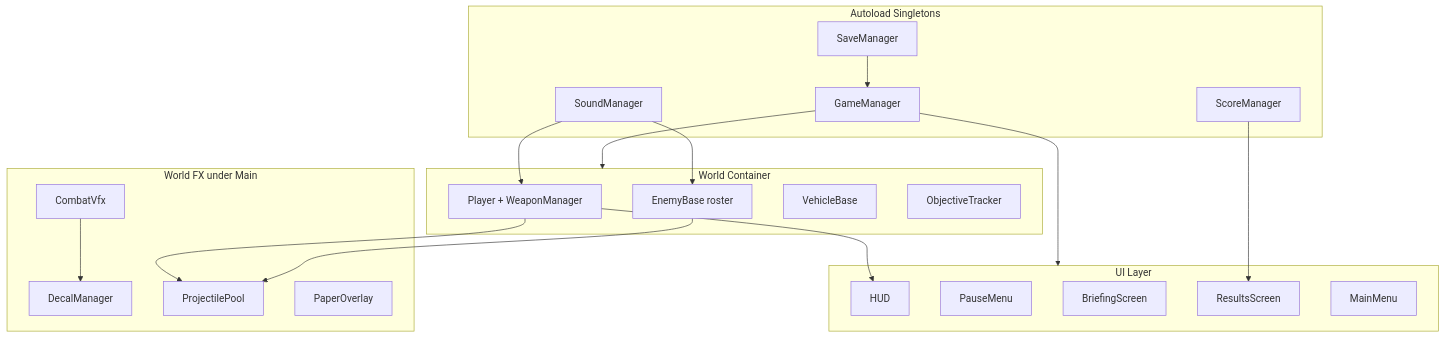
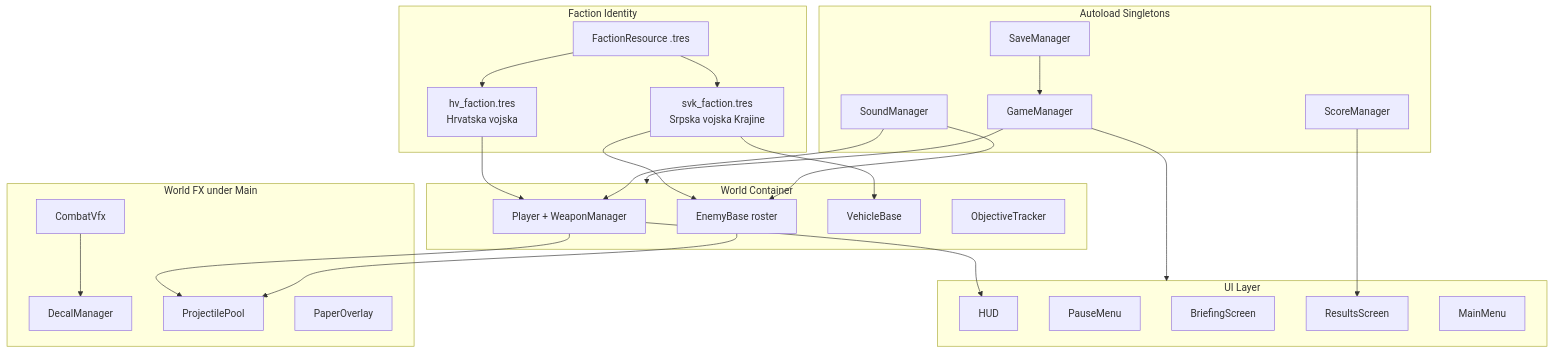
The first of 3 diagrams in docs/ARCHITECTURE.md (VrachoxWizard/storm-game), drawn with Mermaid before and after one commit. The commit also changed other lines of this file and 118 other files, not shown here.

````diff
--- a/docs/ARCHITECTURE.md
+++ b/docs/ARCHITECTURE.md
@@ -5,42 +5,53 @@
 ```mermaid
 graph TB
     subgraph Autoloads["Autoload Singletons"]
         GM["GameManager"]
         SM["ScoreManager"]
         SV["SaveManager"]
         SND["SoundManager"]
+    end
+
+    subgraph Factions["Faction Identity"]
+        FR["FactionResource .tres"]
+        HV["hv_faction.tres<br/>Hrvatska vojska"]
+        SVK["svk_faction.tres<br/>Srpska vojska Krajine"]
     end
 
     subgraph Effects["World FX under Main"]
         DM["DecalManager"]
         CV["CombatVfx"]
         PP["ProjectilePool"]
         PO["PaperOverlay"]
     end
 
     subgraph UI["UI Layer"]
         HUD["HUD"]
         PM["PauseMenu"]
         BS["BriefingScreen"]
         RS["ResultsScreen"]
         MM["MainMenu"]
     end
 
     subgraph World["World Container"]
         PlayerNode["Player + WeaponManager"]
         Enemies["EnemyBase roster"]
         Vehicles["VehicleBase"]
         Objectives["ObjectiveTracker"]
     end
 
+    FR --> HV
+    FR --> SVK
+    HV --> PlayerNode
+    SVK --> Enemies
+    SVK --> Vehicles
     GM --> World
     GM --> UI
     SM --> RS
     SV --> GM
     SND --> PlayerNode
     SND --> Enemies
     PlayerNode --> PP
     Enemies --> PP
     PlayerNode --> HUD
     CV --> DM
 ```
````
